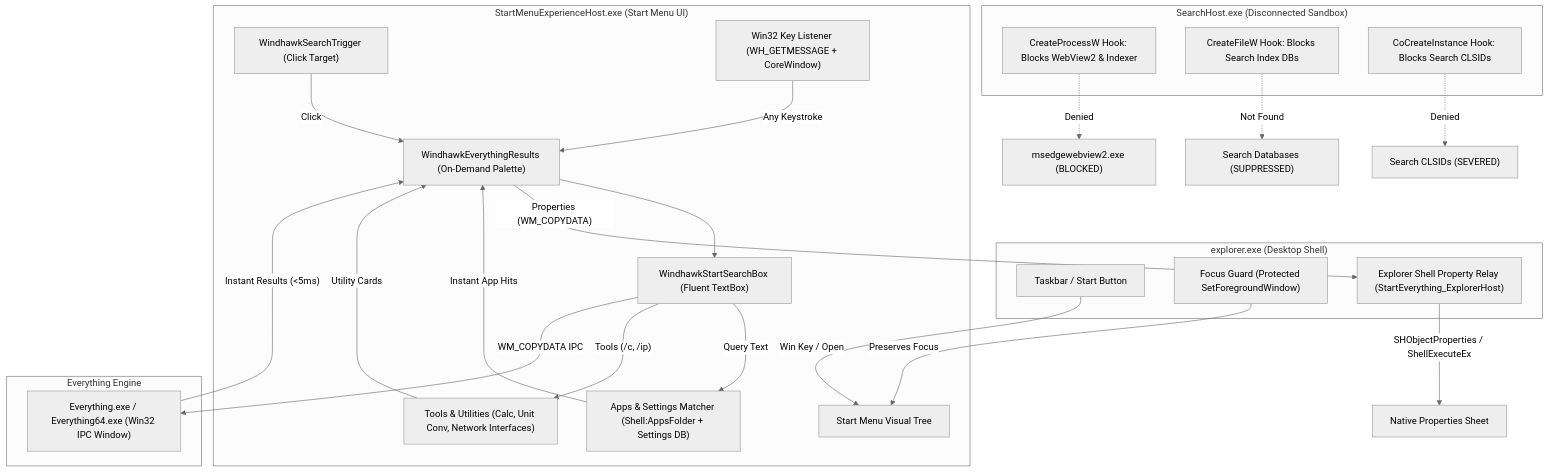
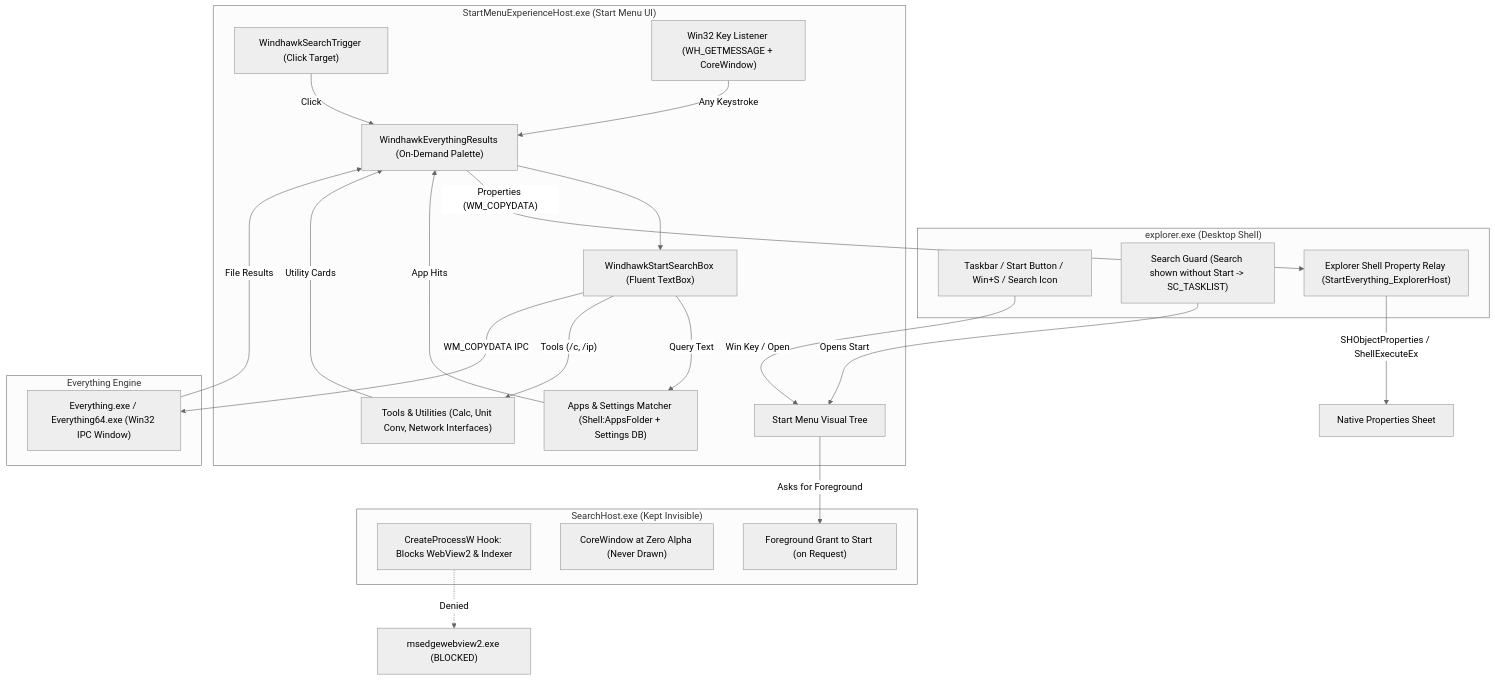
The diagram in README.md (bardelyne/start-everything), drawn with Mermaid (neutral theme) before and after one commit. The commit also changed other lines of this file and 1 other file, not shown here.

First line of the commit message:
Work with SearchHost instead of blocking it, and open this search from Win+S

````diff
--- a/README.md
+++ b/README.md
@@ -33,47 +34,46 @@
 ```mermaid
 graph TD
     subgraph Explorer_Process ["explorer.exe (Desktop Shell)"]
-        T["Taskbar / Start Button"]
-        FOC["Focus Guard (Protected SetForegroundWindow)"]
+        T["Taskbar / Start Button / Win+S / Search Icon"]
+        GUARD["Search Guard (Search shown without Start -> SC_TASKLIST)"]
         PROP["Explorer Shell Property Relay (StartEverything_ExplorerHost)"]
     end
 
     subgraph Start_Menu ["StartMenuExperienceHost.exe (Start Menu UI)"]
         SM["Start Menu Visual Tree"]
         TRIG["WindhawkSearchTrigger (Click Target)"]
         PAL["WindhawkEverythingResults (On-Demand Palette)"]
         BOX["WindhawkStartSearchBox (Fluent TextBox)"]
         KL["Win32 Key Listener (WH_GETMESSAGE + CoreWindow)"]
         APPS["Apps & Settings Matcher (Shell:AppsFolder + Settings DB)"]
         TOOLS["Tools & Utilities (Calc, Unit Conv, Network Interfaces)"]
     end
 
-    subgraph Search_Host ["SearchHost.exe (Disconnected Sandbox)"]
+    subgraph Search_Host ["SearchHost.exe (Kept Invisible)"]
         WV_HOOK["CreateProcessW Hook: Blocks WebView2 & Indexer"]
-        DB_HOOK["CreateFileW Hook: Blocks Search Index DBs"]
-        COM_HOOK["CoCreateInstance Hook: Blocks Search CLSIDs"]
+        HIDE["CoreWindow at Zero Alpha (Never Drawn)"]
+        GRANT["Foreground Grant to Start (on Request)"]
     end
 
     subgraph Everything_Engine ["Everything Engine"]
         EV["Everything.exe / Everything64.exe (Win32 IPC Window)"]
     end
 
     T -->|"Win Key / Open"| SM
     KL -->|"Any Keystroke"| PAL
     TRIG -->|"Click"| PAL
     PAL --> BOX
     BOX -->|"Query Text"| APPS
     BOX -->|"Tools (/c, /ip)"| TOOLS
     BOX -->|"WM_COPYDATA IPC"| EV
-    EV -->|"Instant Results (<5ms)"| PAL
-    APPS -->|"Instant App Hits"| PAL
+    EV -->|"File Results"| PAL
+    APPS -->|"App Hits"| PAL
     TOOLS -->|"Utility Cards"| PAL
 
-    FOC -->|"Preserves Focus"| SM
+    GUARD -->|"Opens Start"| SM
+    SM -->|"Asks for Foreground"| GRANT
     PAL -->|"Properties (WM_COPYDATA)"| PROP
     PROP -->|"SHObjectProperties / ShellExecuteEx"| DESK["Native Properties Sheet"]
 
     WV_HOOK -.->|"Denied"| WV["msedgewebview2.exe (BLOCKED)"]
-    DB_HOOK -.->|"Not Found"| DB["Search Databases (SUPPRESSED)"]
-    COM_HOOK -.->|"Denied"| CLSID["Search CLSIDs (SEVERED)"]
 ```
````
